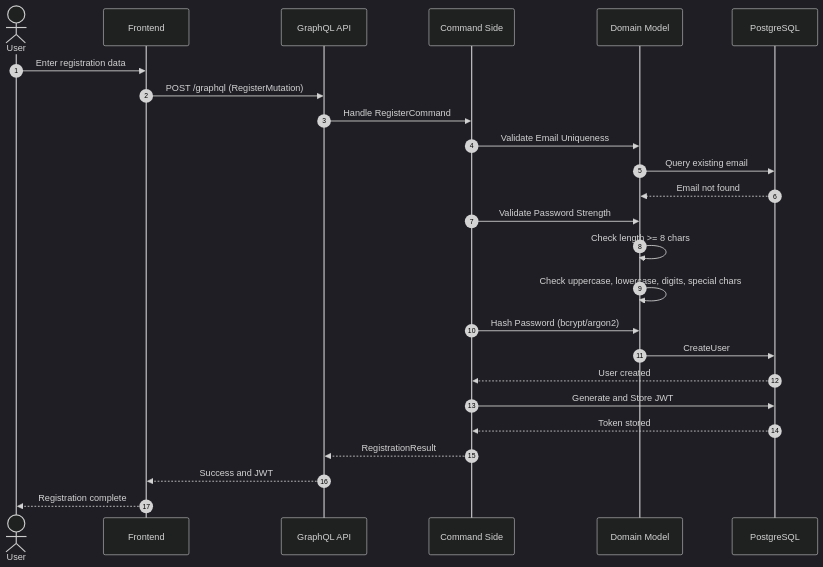
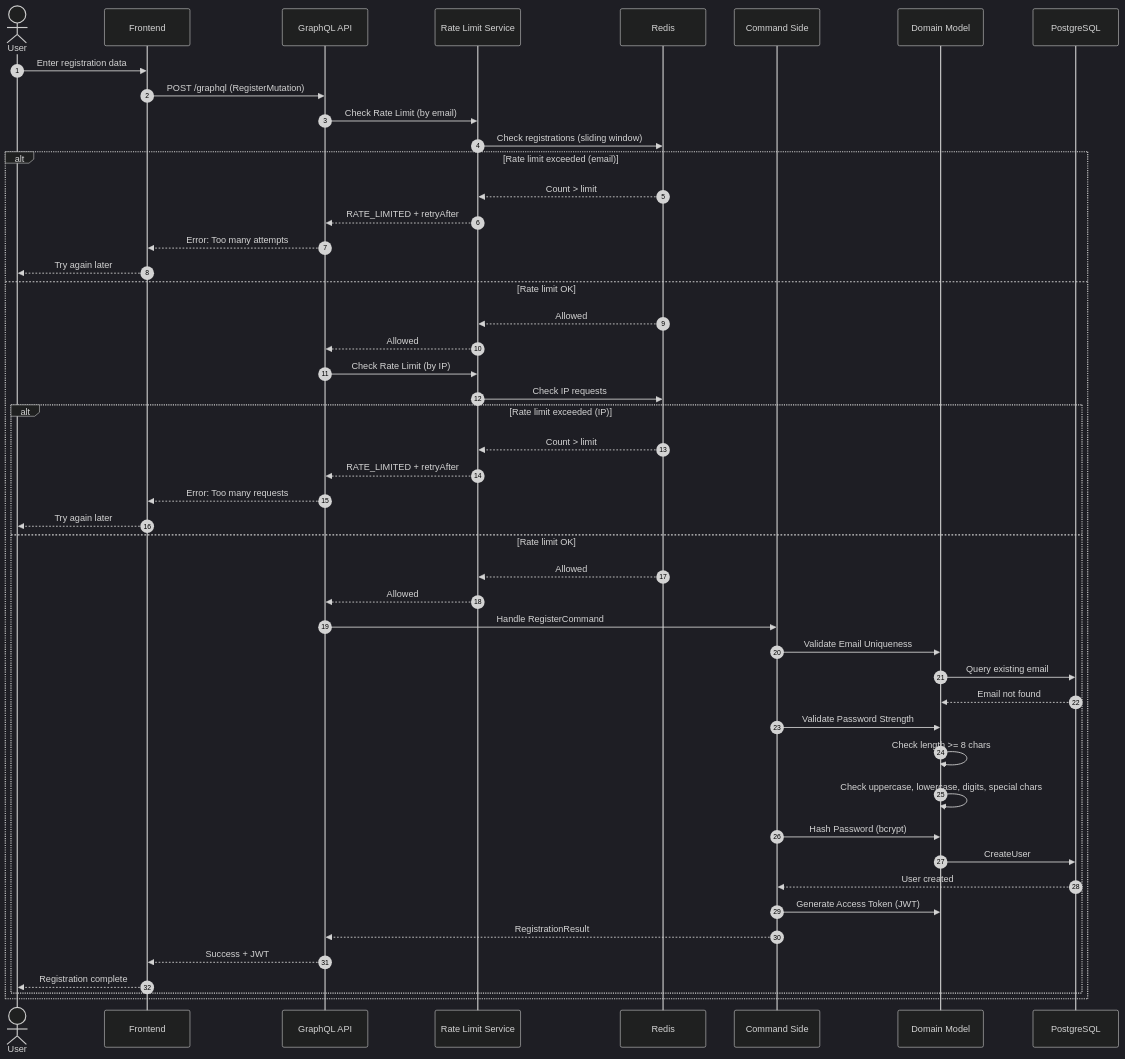
Before and after one commit to dpashin/engineer-challenge: the diagram in doc/sequence-diagrams-registration.mmd, drawn with Mermaid (dark theme). The commit also changed 4 other files, not shown here.

Commit message:
doc update diagrams

```diff
--- a/doc/sequence-diagrams-registration.mmd
+++ b/doc/sequence-diagrams-registration.mmd
@@ -1,28 +1,57 @@
 %% Registration Process
 %% File: sequence-diagrams-registration.mmd
 sequenceDiagram
     autonumber
     actor User
     participant Frontend as Frontend
     participant API as GraphQL API
+    participant RateLimit as Rate Limit Service
+    participant Redis as Redis
     participant Command as Command Side
     participant Domain as Domain Model
     participant DB as PostgreSQL
 
     User->>Frontend: Enter registration data
     Frontend->>API: POST /graphql (RegisterMutation)
-    API->>Command: Handle RegisterCommand
-    Command->>Domain: Validate Email Uniqueness
-    Domain->>DB: Query existing email
-    DB-->>Domain: Email not found
-    Command->>Domain: Validate Password Strength
-    Domain->>Domain: Check length >= 8 chars
-    Domain->>Domain: Check uppercase, lowercase, digits, special chars
-    Command->>Domain: Hash Password (bcrypt/argon2)
-    Domain->>DB: CreateUser
-    DB-->>Command: User created
-    Command->>DB: Generate and Store JWT
-    DB-->>Command: Token stored
-    Command-->>API: RegistrationResult
-    API-->>Frontend: Success and JWT
-    Frontend-->>User: Registration complete
+
+    %% Rate Limit Check by Email
+    API->>RateLimit: Check Rate Limit (by email)
+    RateLimit->>Redis: Check registrations (sliding window)
+    alt Rate limit exceeded (email)
+        Redis-->>RateLimit: Count > limit
+        RateLimit-->>API: RATE_LIMITED + retryAfter
+        API-->>Frontend: Error: Too many attempts
+        Frontend-->>User: Try again later
+    else Rate limit OK
+        Redis-->>RateLimit: Allowed
+        RateLimit-->>API: Allowed
+
+        %% Rate Limit Check by IP
+        API->>RateLimit: Check Rate Limit (by IP)
+        RateLimit->>Redis: Check IP requests
+        alt Rate limit exceeded (IP)
+            Redis-->>RateLimit: Count > limit
+            RateLimit-->>API: RATE_LIMITED + retryAfter
+            API-->>Frontend: Error: Too many requests
+            Frontend-->>User: Try again later
+        else Rate limit OK
+            Redis-->>RateLimit: Allowed
+            RateLimit-->>API: Allowed
+
+            API->>Command: Handle RegisterCommand
+
+            Command->>Domain: Validate Email Uniqueness
+            Domain->>DB: Query existing email
+            DB-->>Domain: Email not found
+            Command->>Domain: Validate Password Strength
+            Domain->>Domain: Check length >= 8 chars
+            Domain->>Domain: Check uppercase, lowercase, digits, special chars
+            Command->>Domain: Hash Password (bcrypt)
+            Domain->>DB: CreateUser
+            DB-->>Command: User created
+            Command->>Domain: Generate Access Token (JWT)
+            Command-->>API: RegistrationResult
+            API-->>Frontend: Success + JWT
+            Frontend-->>User: Registration complete
+        end
+    end
```
